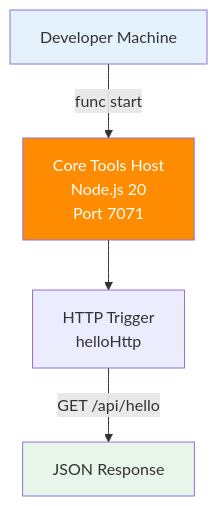
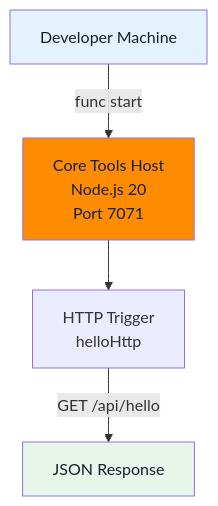
One commit to yeongseon/azure-functions-practical-guide changed the diagram in docs/language-guides/nodejs/tutorial/premium/01-local-run.md. Above: the diagram before and after it, drawn with Mermaid. The commit also changed 2 other files, not shown here.

Commit message:
docs(diagrams): fix label contrast in the Node.js Dedicated and Premium local-run figures (#617)

````diff
--- a/docs/language-guides/nodejs/tutorial/premium/01-local-run.md
+++ b/docs/language-guides/nodejs/tutorial/premium/01-local-run.md
@@ -60,12 +60,12 @@
 ```mermaid
 flowchart TD
     accTitle: Premium tutorial Node.js local HTTP workflow
     accDescr: Illustrative local startup and request-response stages for this Node.js v4 programming-model sample: func start launches the Core Tools host on port 7071, and calling helloHttp at GET /api/hello returns the sample JSON response. The Node.js 20 label describes the tutorial configuration, not a current support recommendation. Arrows summarize local handling, not a GET initiated by the function, successful execution evidence or Azure Premium prewarming, networking or scaling validation.
     DEV[Developer Machine] -->|func start| HOST[Core Tools Host\nNode.js 20\nPort 7071]
     HOST --> HTTP[HTTP Trigger\nhelloHttp]
     HTTP -->|GET /api/hello| RESP[JSON Response]
 
-    style DEV fill:#E3F2FD
-    style HOST fill:#ff8c00,color:#fff
-    style RESP fill:#E8F5E9
+    style DEV fill:#E3F2FD,color:#14202e
+    style HOST fill:#ff8c00,color:#14202e
+    style RESP fill:#E8F5E9,color:#14202e
 ```
````
